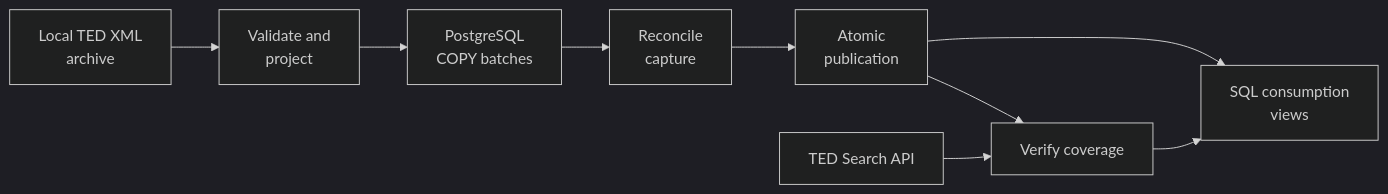
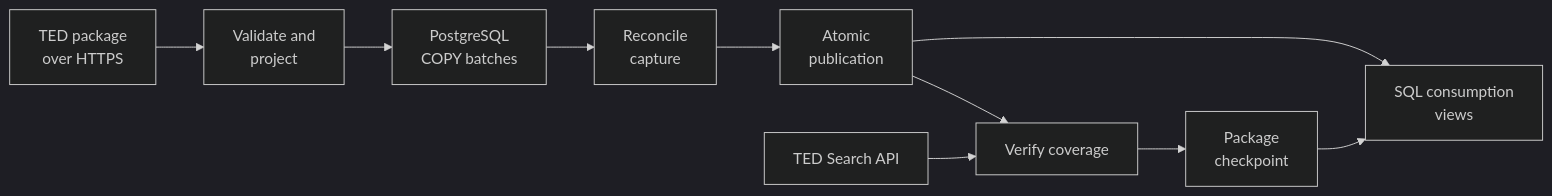
Before and after one commit to alpastorvillar-design/tender-ledger: the diagram in README.md, drawn with Mermaid (dark theme). The commit also changed other lines of this file and 18 other files, not shown here.

````diff
--- a/README.md
+++ b/README.md
@@ -37,11 +39,12 @@
 ```mermaid
 flowchart LR
-    A["Local TED XML<br/>archive"] --> B["Validate and<br/>project"]
+    A["TED package<br/>over HTTPS"] --> B["Validate and<br/>project"]
     B --> C["PostgreSQL<br/>COPY batches"]
     C --> D["Reconcile<br/>capture"]
     D --> E["Atomic<br/>publication"]
     E --> F["SQL consumption<br/>views"]
     G["TED Search API"] --> H["Verify coverage"]
     E --> H
-    H --> F
+    H --> I["Package<br/>checkpoint"]
+    I --> F
 ```
````
